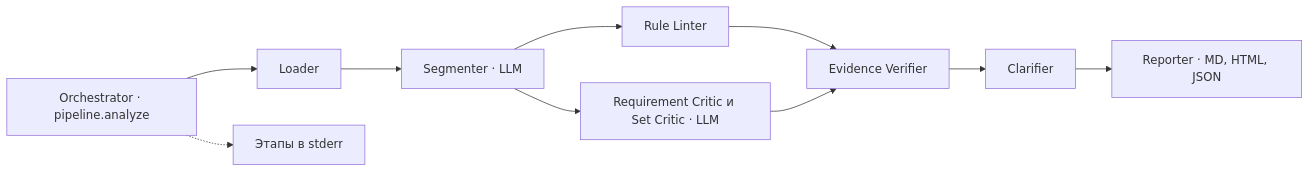
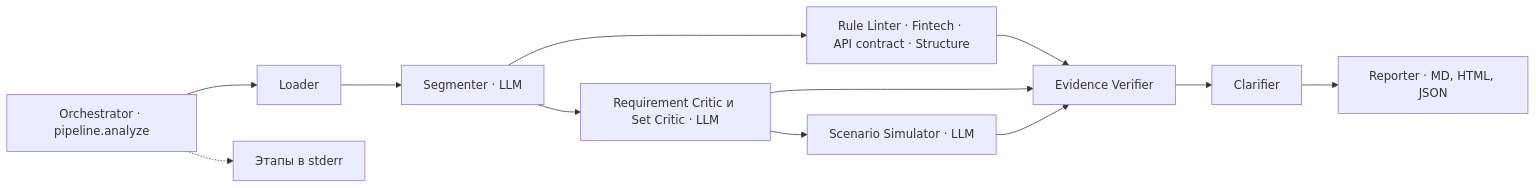
One commit to stritphatographir/Bcc changed the diagram in README.md. Above: the diagram before and after it, drawn with Mermaid. The commit also changed other lines of this file and 4 other files, not shown here.

First line of the commit message:
docs(report): question summary, Russian plurals, updated architecture and demo notes

````diff
--- a/README.md
+++ b/README.md
@@ -123,12 +130,14 @@
 ```mermaid
 flowchart LR
     O["Orchestrator · pipeline.analyze"] --> L[Loader]
     L --> S["Segmenter · LLM"]
-    S --> RL["Rule Linter"]
+    S --> RL["Rule Linter · Fintech · API contract · Structure"]
     S --> C["Requirement Critic и Set Critic · LLM"]
+    C --> SIM["Scenario Simulator · LLM"]
     RL --> V["Evidence Verifier"]
     C --> V
+    SIM --> V
     V --> Q[Clarifier]
     Q --> R["Reporter · MD, HTML, JSON"]
     O -.-> U["Этапы в stderr"]
 ```
````
